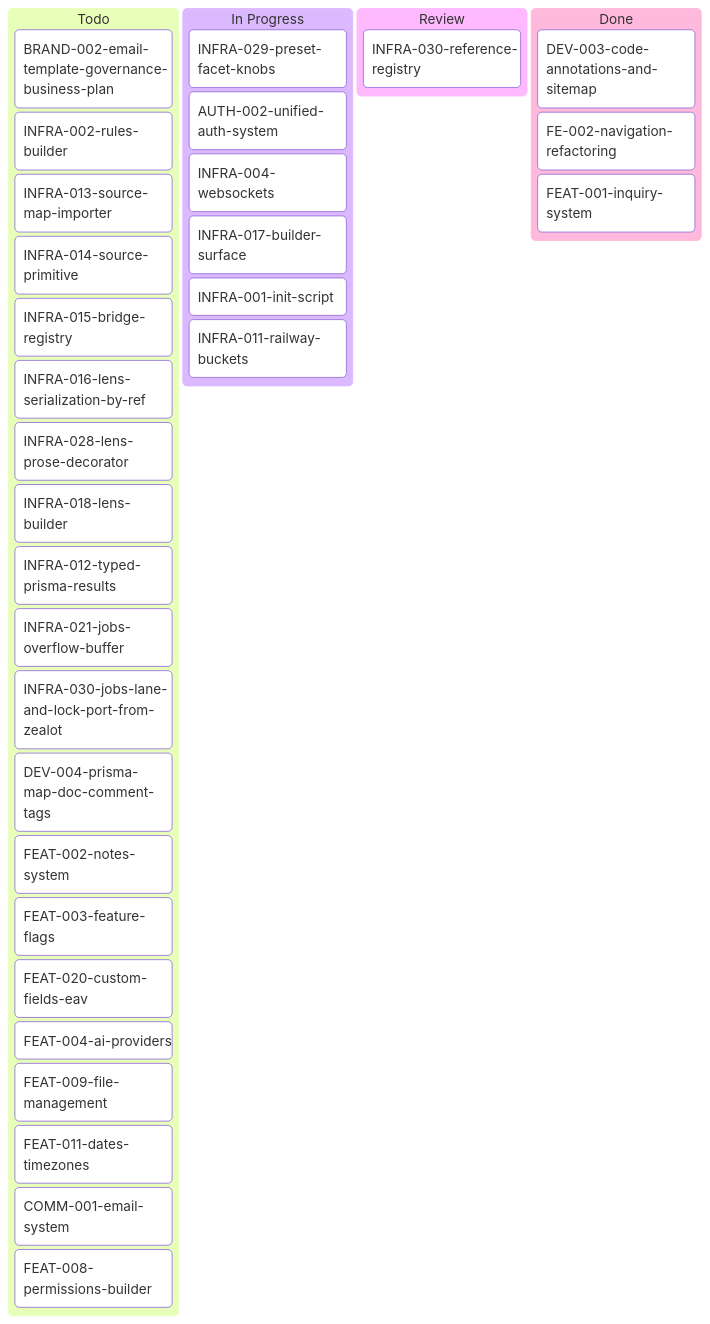
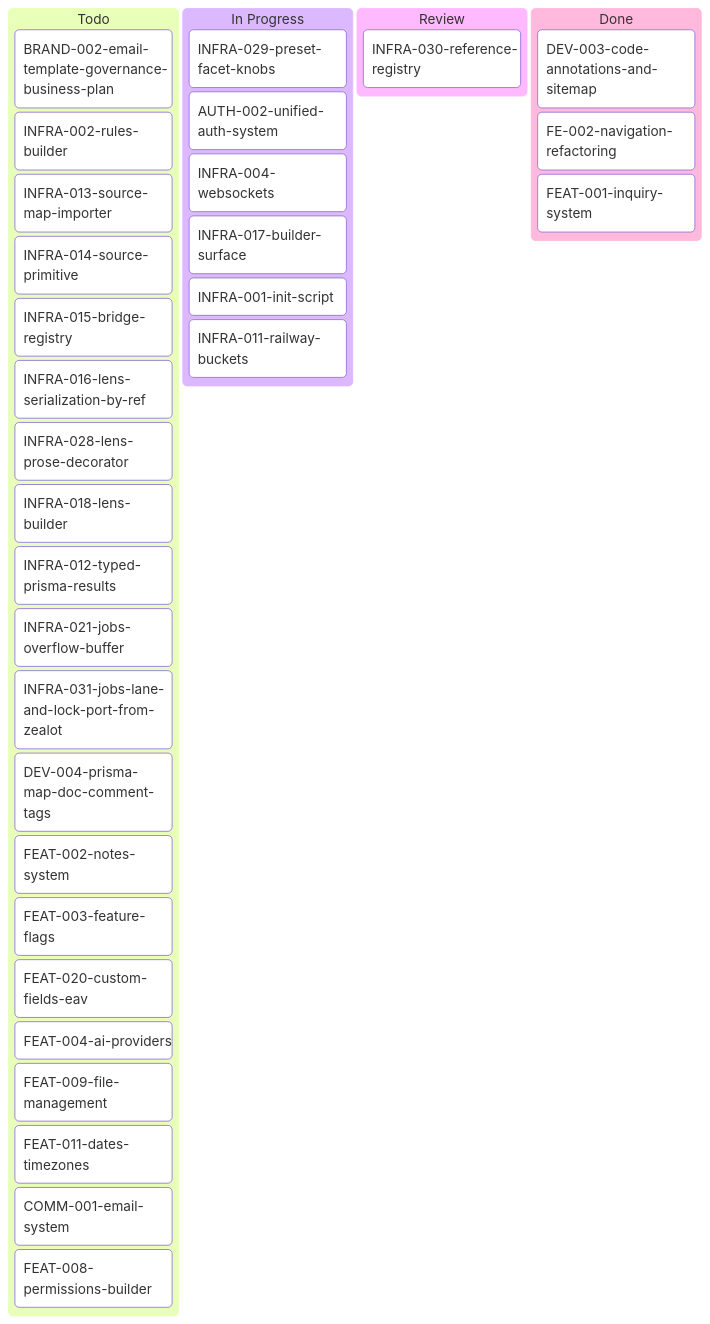
One commit to inixiative/template changed the diagram in tickets/kanban-aron.md. Above: the diagram before and after it, drawn with Mermaid. The commit also changed 12 other files, not shown here.

First line of the commit message:
INFRA-031: createLock refresh is one compare-and-expire eval; tri-state release; singleton on the queue connection (#104)

````diff
--- a/tickets/kanban-aron.md
+++ b/tickets/kanban-aron.md
@@ -3,42 +3,42 @@
 ```mermaid
 ---
 config:
   kanban:
     ticketBaseUrl: 'https://github.com/yourorg/template/blob/main/tickets/#TICKET#'
 ---
 kanban
   Todo
     BRAND-002-email-template-governance-business-plan
     INFRA-002-rules-builder
     INFRA-013-source-map-importer
     INFRA-014-source-primitive
     INFRA-015-bridge-registry
     INFRA-016-lens-serialization-by-ref
     INFRA-028-lens-prose-decorator
     INFRA-018-lens-builder
     INFRA-012-typed-prisma-results
     INFRA-021-jobs-overflow-buffer
-    INFRA-030-jobs-lane-and-lock-port-from-zealot
+    INFRA-031-jobs-lane-and-lock-port-from-zealot
     DEV-004-prisma-map-doc-comment-tags
     FEAT-002-notes-system
     FEAT-003-feature-flags
     FEAT-020-custom-fields-eav
     FEAT-004-ai-providers
     FEAT-009-file-management
     FEAT-011-dates-timezones
     COMM-001-email-system
     FEAT-008-permissions-builder
   In Progress
     INFRA-029-preset-facet-knobs
     AUTH-002-unified-auth-system
     INFRA-004-websockets
     INFRA-017-builder-surface
     INFRA-001-init-script
     INFRA-011-railway-buckets
   Review
     INFRA-030-reference-registry
   Done
     DEV-003-code-annotations-and-sitemap
     FE-002-navigation-refactoring
     FEAT-001-inquiry-system
 ```
````
